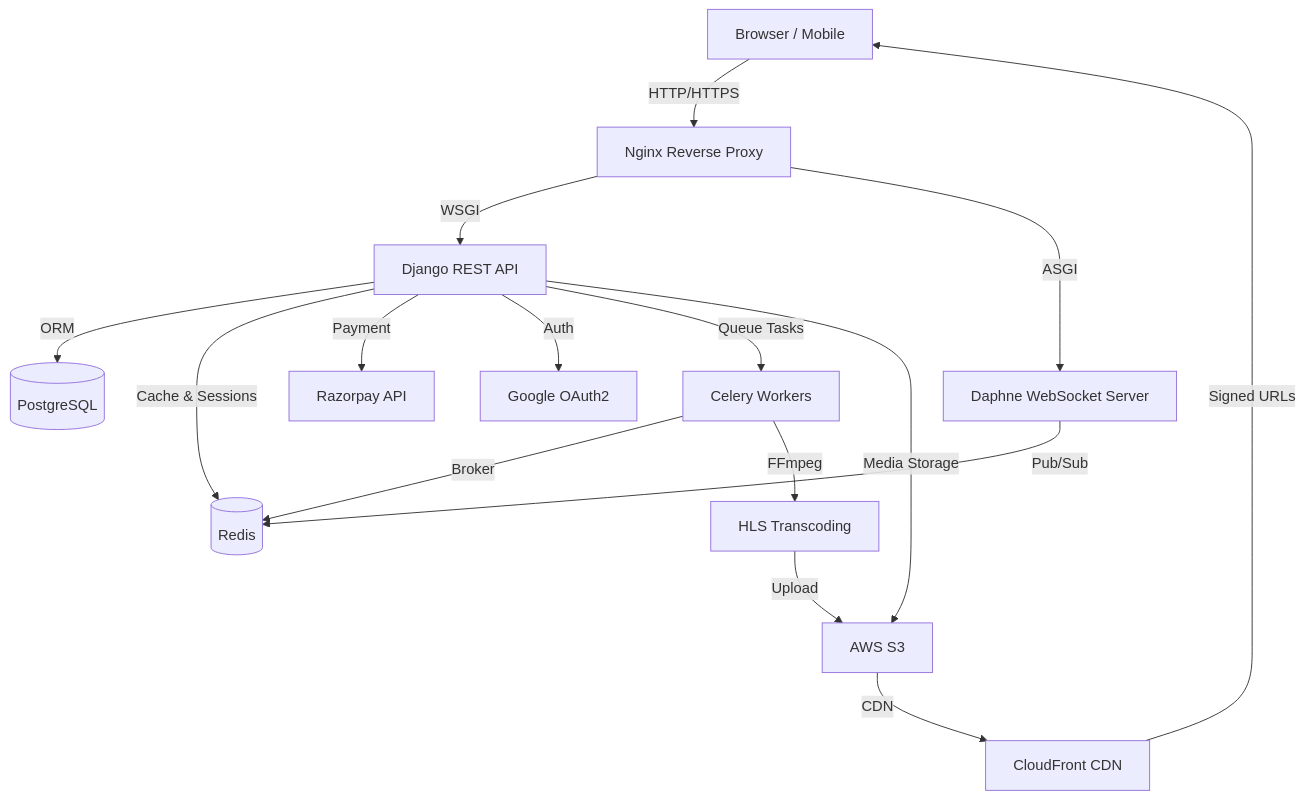
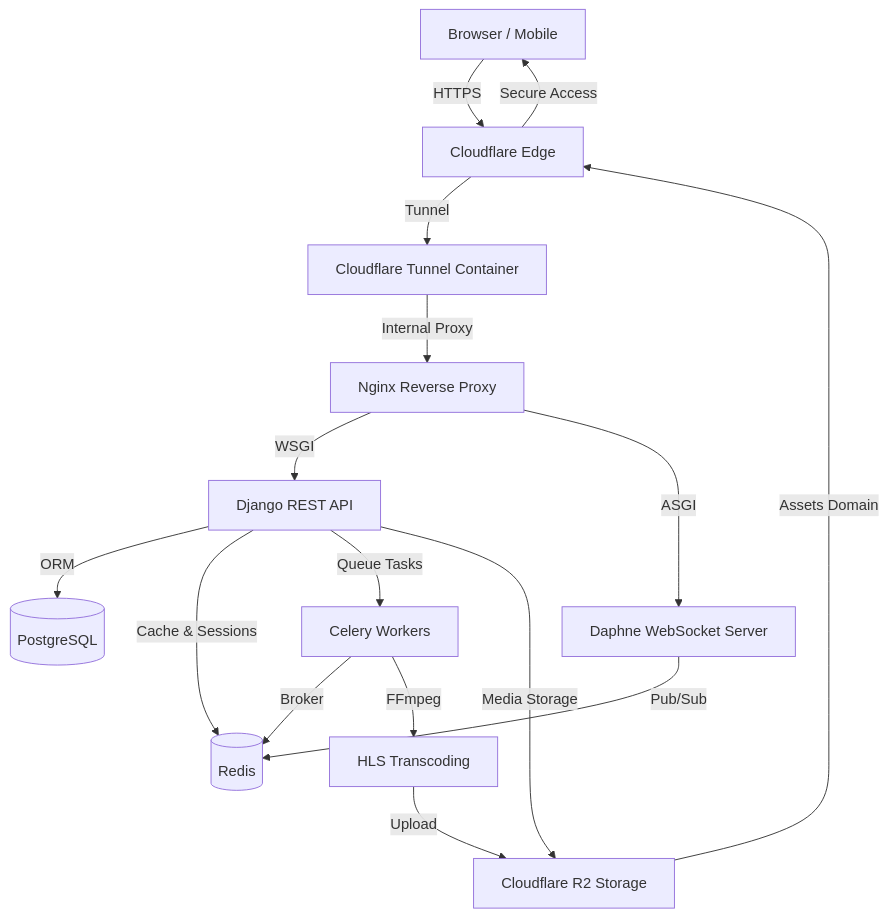
Before and after one commit to affilpm/wave: the first of 3 diagrams in README.md, drawn with Mermaid. The commit also changed other lines of this file and 35 other files, not shown here.

````diff
--- a/README.md
+++ b/README.md
@@ -141,18 +142,18 @@
 ```mermaid
 graph TD
-    Client[Browser / Mobile] -->|HTTP/HTTPS| Nginx[Nginx Reverse Proxy]
+    Client[Browser / Mobile] -->|HTTPS| CF[Cloudflare Edge]
+    CF -->|Tunnel| CFT[Cloudflare Tunnel Container]
+    CFT -->|Internal Proxy| Nginx[Nginx Reverse Proxy]
     Nginx -->|WSGI| Django[Django REST API]
     Nginx -->|ASGI| Daphne[Daphne WebSocket Server]
     Django -->|ORM| PostgreSQL[(PostgreSQL)]
     Django -->|Cache & Sessions| Redis[(Redis)]
-    Django -->|Payment| Razorpay[Razorpay API]
-    Django -->|Auth| Google[Google OAuth2]
     Django -->|Queue Tasks| Celery[Celery Workers]
     Celery -->|Broker| Redis
     Celery -->|FFmpeg| HLS[HLS Transcoding]
-    HLS -->|Upload| S3[AWS S3]
-    S3 -->|CDN| CloudFront[CloudFront CDN]
+    HLS -->|Upload| R2[Cloudflare R2 Storage]
+    R2 -->|Assets Domain| CF
     Daphne -->|Pub/Sub| Redis
-    Django -->|Media Storage| S3
-    CloudFront -->|Signed URLs| Client
+    Django -->|Media Storage| R2
+    CF -->|Secure Access| Client
 ```
````
